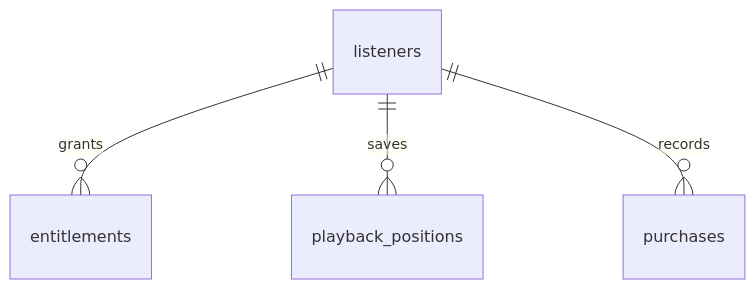
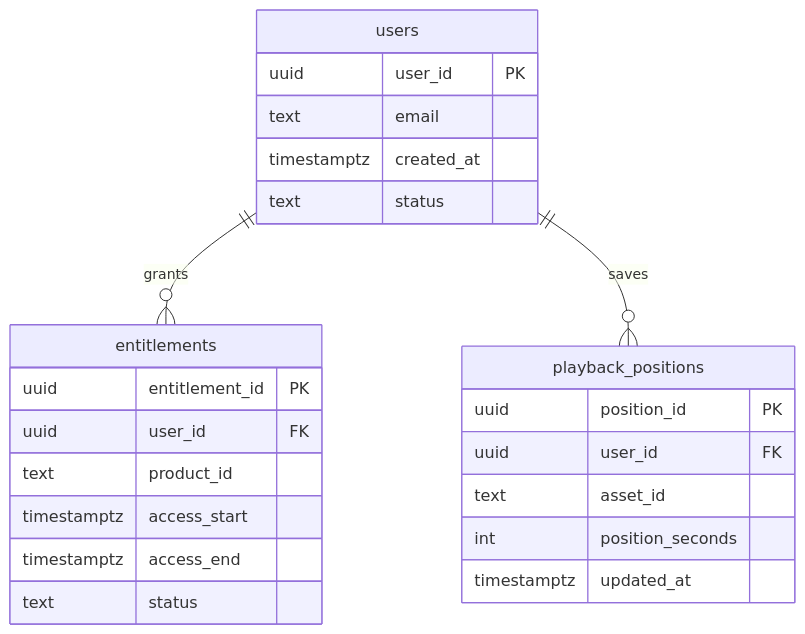
One commit to Johnsonbros/Uncharted_Stars_Saga changed the diagram in docs/listener_schema_erd.md. Above: the diagram before and after it, drawn with Mermaid. The commit also changed other lines of this file and 3 other files, not shown here.

Commit message:
docs: finalize system diagrams and playbooks

````diff
--- a/docs/listener_schema_erd.md
+++ b/docs/listener_schema_erd.md
@@ -22,6 +17,29 @@
 ```mermaid
 erDiagram
-  listeners ||--o{ entitlements : grants
-  listeners ||--o{ playback_positions : saves
-  listeners ||--o{ purchases : records
+  users {
+    uuid user_id PK
+    text email
+    timestamptz created_at
+    text status
+  }
+
+  entitlements {
+    uuid entitlement_id PK
+    uuid user_id FK
+    text product_id
+    timestamptz access_start
+    timestamptz access_end
+    text status
+  }
+
+  playback_positions {
+    uuid position_id PK
+    uuid user_id FK
+    text asset_id
+    int position_seconds
+    timestamptz updated_at
+  }
+
+  users ||--o{ entitlements : grants
+  users ||--o{ playback_positions : saves
 ```
````
